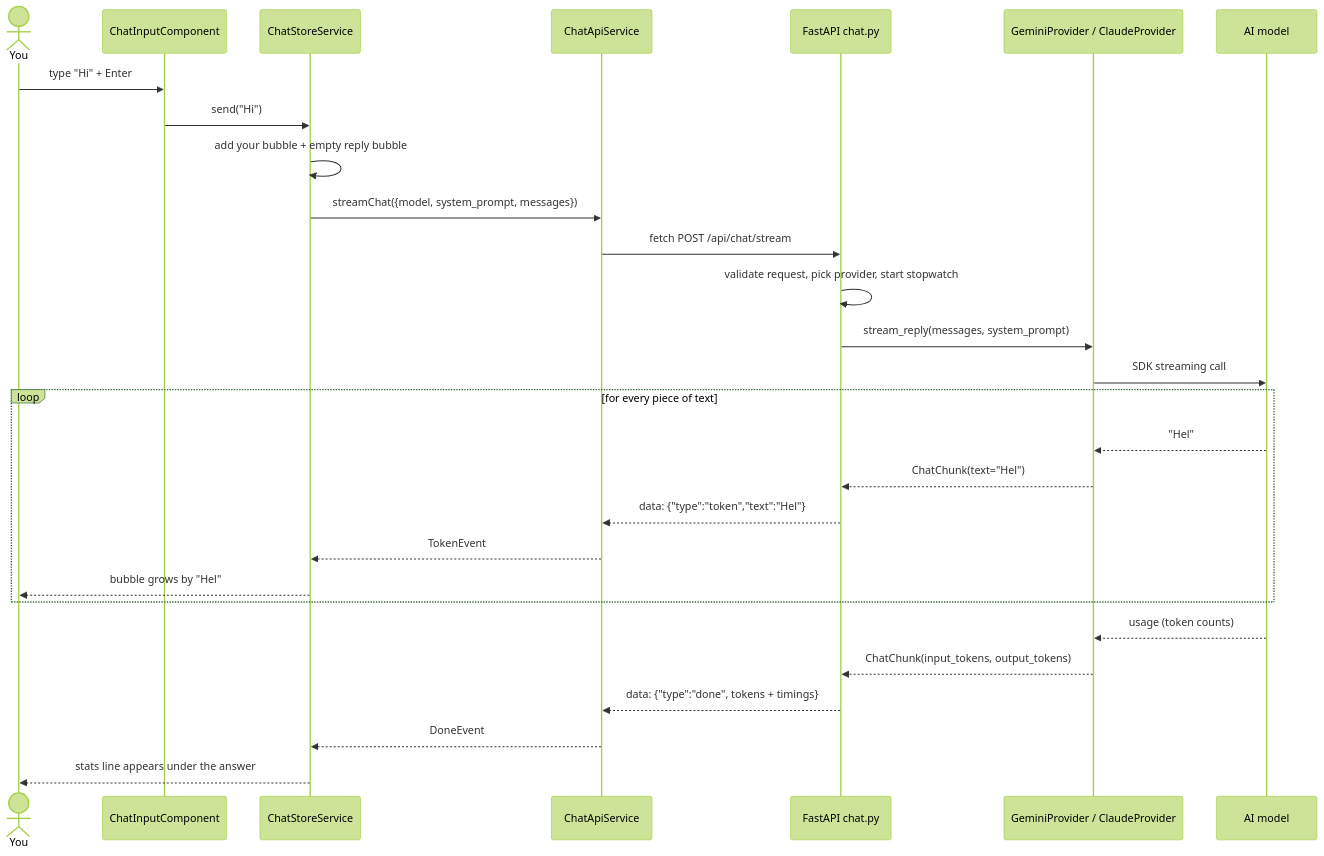
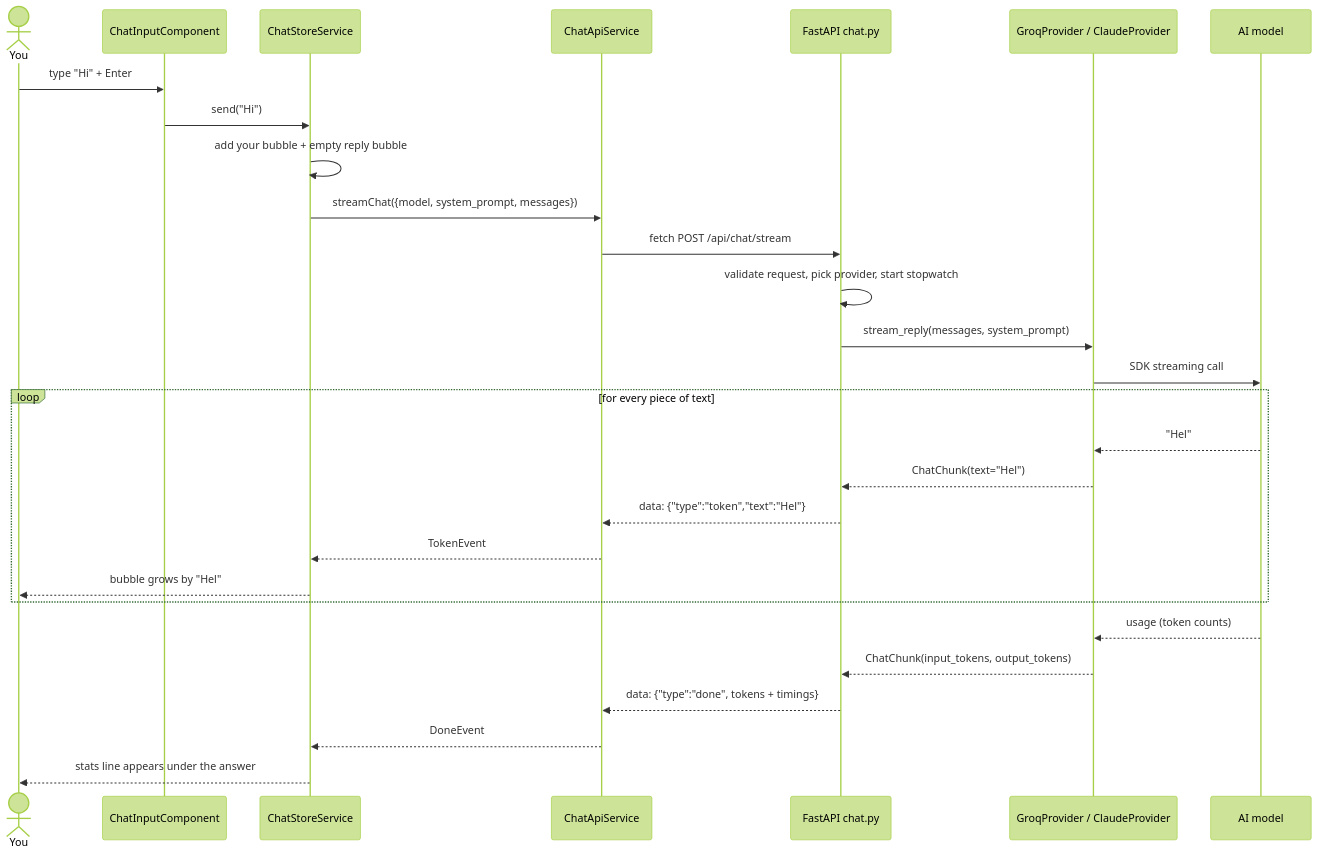
Before and after one commit to Majjigi/chatbox: the second of 2 diagrams in docs/how-it-works.md, drawn with Mermaid (forest theme). The commit also changed other lines of this file and 22 other files, not shown here.

First line of the commit message:
Phase 8: swap Gemini for Groq (free API key)

````diff
--- a/docs/how-it-works.md
+++ b/docs/how-it-works.md
@@ -35,31 +35,31 @@
 ```mermaid
 sequenceDiagram
     actor You
     participant Input as ChatInputComponent
     participant Store as ChatStoreService
     participant Api as ChatApiService
     participant Route as FastAPI chat.py
-    participant Provider as GeminiProvider / ClaudeProvider
+    participant Provider as GroqProvider / ClaudeProvider
     participant Model as AI model
 
     You->>Input: type "Hi" + Enter
     Input->>Store: send("Hi")
     Store->>Store: add your bubble + empty reply bubble
     Store->>Api: streamChat({model, system_prompt, messages})
     Api->>Route: fetch POST /api/chat/stream
     Route->>Route: validate request, pick provider, start stopwatch
     Route->>Provider: stream_reply(messages, system_prompt)
     Provider->>Model: SDK streaming call
     loop for every piece of text
         Model-->>Provider: "Hel"
         Provider-->>Route: ChatChunk(text="Hel")
         Route-->>Api: data: {"type":"token","text":"Hel"}
         Api-->>Store: TokenEvent
         Store-->>You: bubble grows by "Hel"
     end
     Model-->>Provider: usage (token counts)
     Provider-->>Route: ChatChunk(input_tokens, output_tokens)
     Route-->>Api: data: {"type":"done", tokens + timings}
     Api-->>Store: DoneEvent
     Store-->>You: stats line appears under the answer
 ```
````
